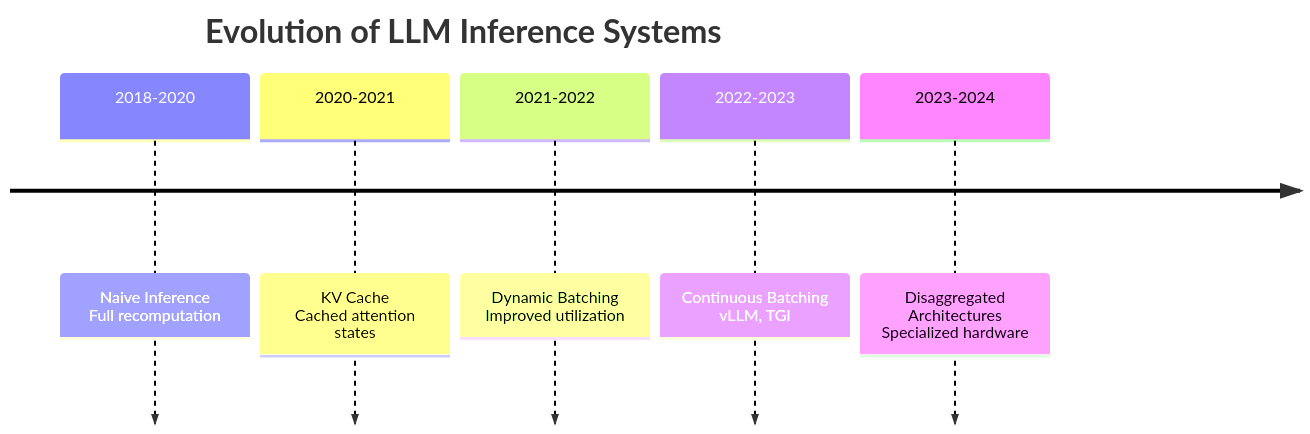
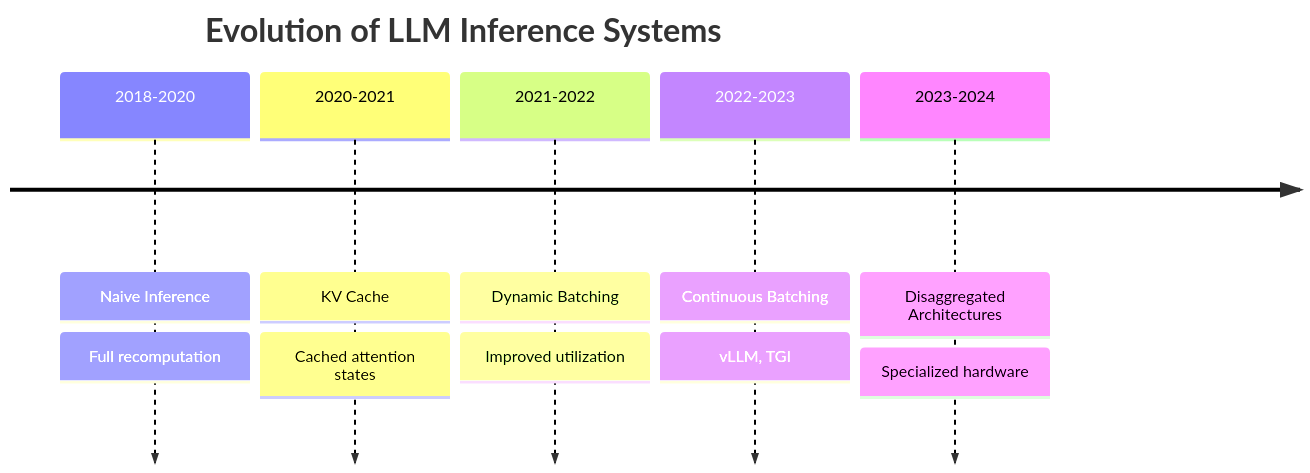
One commit to Shahriarin2garden/vllm_from_scratch changed the second of 24 diagrams in lab0.2/README.md. Above: the diagram before and after it, drawn with Mermaid. The commit also changed other lines of this file and 1 other file, not shown here.

Commit message:
Add comprehensive enhancements for Lab 0.2, including performance benchmarks, roofline analysis, advanced scheduling algorithms, memory management techniques, and hands-on exercises for LLM inference optimization.

````diff
--- a/lab0.2/README.md
+++ b/lab0.2/README.md
@@ -79,10 +128,10 @@
 ```mermaid
 timeline
     title Evolution of LLM Inference Systems
-    2018-2020 : Naive Inference<br>Full recomputation
-    2020-2021 : KV Cache<br>Cached attention states
-    2021-2022 : Dynamic Batching<br>Improved utilization
-    2022-2023 : Continuous Batching<br>vLLM, TGI
-    2023-2024 : Disaggregated Architectures<br>Specialized hardware
+    2018-2020 : Naive Inference : Full recomputation
+    2020-2021 : KV Cache : Cached attention states
+    2021-2022 : Dynamic Batching : Improved utilization
+    2022-2023 : Continuous Batching : vLLM, TGI
+    2023-2024 : Disaggregated Architectures : Specialized hardware
 
 ```
````
